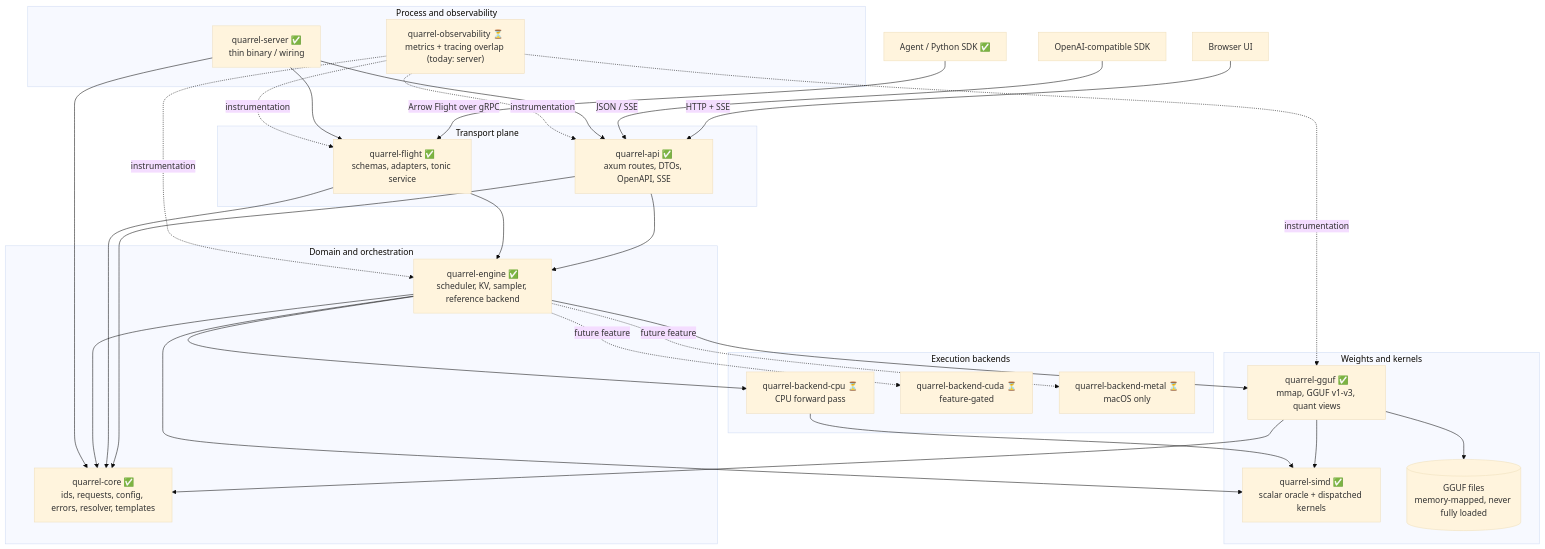
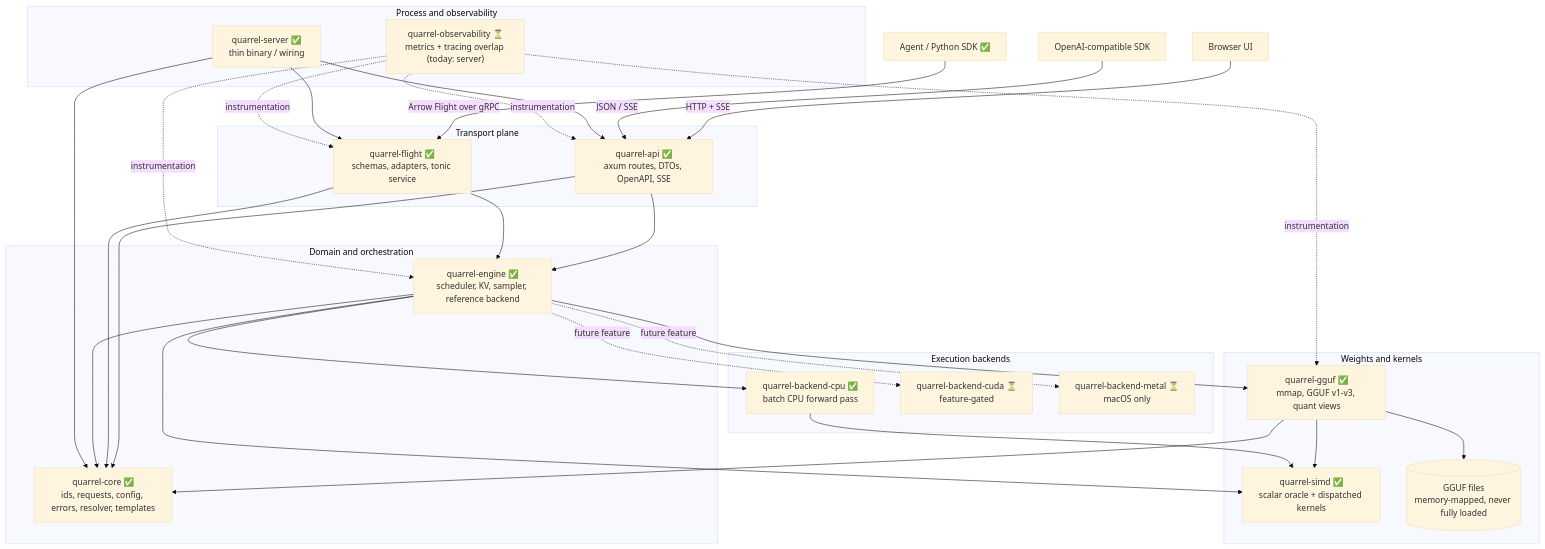
The first of 5 diagrams in docs/architecture.md (23skdu/quarrel-rs), drawn with Mermaid (base theme) before and after one commit. The commit also changed other lines of this file and 35 other files, not shown here.

First line of the commit message:
Add quantizer, batch backend, grammar tool calls and allocation gates

````diff
--- a/docs/architecture.md
+++ b/docs/architecture.md
@@ -15,55 +15,55 @@
 ```mermaid
 flowchart TB
     Agent["Agent / Python SDK ✅"] -->|"Arrow Flight over gRPC"| Flight
     Browser["Browser UI"] -->|"HTTP + SSE"| Api
     Sdk["OpenAI-compatible SDK"] -->|"JSON / SSE"| Api
 
     subgraph Transport["Transport plane"]
         Flight["quarrel-flight ✅<br/>schemas, adapters, tonic service"]
         Api["quarrel-api ✅<br/>axum routes, DTOs, OpenAPI, SSE"]
     end
 
     subgraph Domain["Domain and orchestration"]
         Engine["quarrel-engine ✅<br/>scheduler, KV, sampler, reference backend"]
         Core["quarrel-core ✅<br/>ids, requests, config, errors, resolver, templates"]
     end
 
     subgraph Storage["Weights and kernels"]
         Gguf["quarrel-gguf ✅<br/>mmap, GGUF v1-v3, quant views"]
         Simd["quarrel-simd ✅<br/>scalar oracle + dispatched kernels"]
         Weights[("GGUF files<br/>memory-mapped, never fully loaded")]
     end
 
     subgraph Backends["Execution backends"]
-        Cpu["quarrel-backend-cpu ⏳<br/>CPU forward pass"]
+        Cpu["quarrel-backend-cpu ✅<br/>batch CPU forward pass"]
         Cuda["quarrel-backend-cuda ⏳<br/>feature-gated"]
         Metal["quarrel-backend-metal ⏳<br/>macOS only"]
     end
 
     subgraph Operations["Process and observability"]
         Server["quarrel-server ✅<br/>thin binary / wiring"]
         Obs["quarrel-observability ⏳<br/>metrics + tracing overlap (today: server)"]
     end
 
     Api --> Core
     Api --> Engine
     Flight --> Core
     Flight --> Engine
     Engine --> Core
     Engine --> Gguf
     Engine --> Simd
     Gguf --> Core
     Gguf --> Simd
     Gguf --> Weights
     Engine --> Cpu
     Engine -. "future feature" .-> Cuda
     Engine -. "future feature" .-> Metal
     Cpu --> Simd
     Server --> Api
     Server --> Flight
     Server --> Core
     Obs -. "instrumentation" .-> Api
     Obs -. "instrumentation" .-> Flight
     Obs -. "instrumentation" .-> Engine
     Obs -. "instrumentation" .-> Gguf
 ```
````
